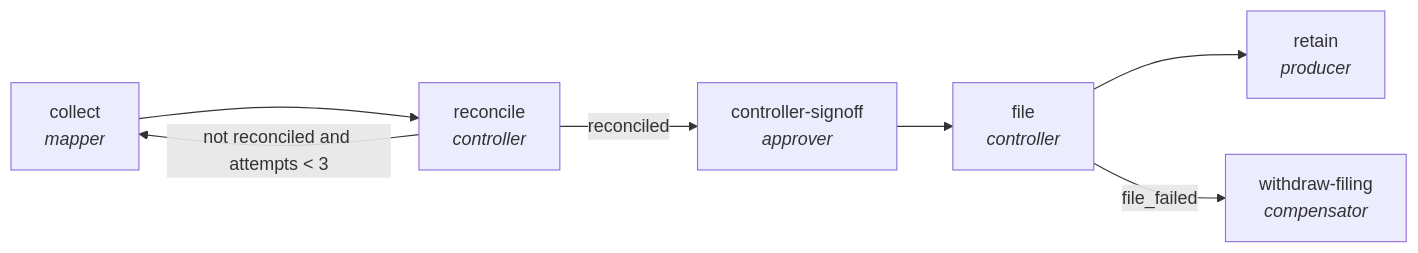
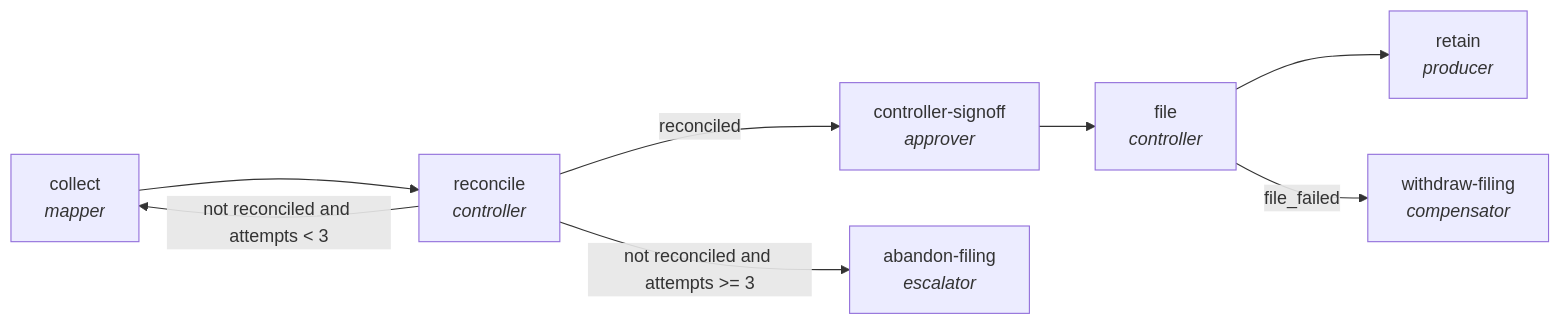
The diagram in docs/traces/regulatory-filing-lifecycle.md (ypollak2/agenticgraphs), drawn with Mermaid before and after one commit. The commit also changed 93 other files, not shown here.

First line of the commit message:
v1.8: eleven graphs can now say the work did not get done

````diff
--- a/docs/traces/regulatory-filing-lifecycle.md
+++ b/docs/traces/regulatory-filing-lifecycle.md
@@ -10,15 +10,17 @@
 ```mermaid
 flowchart LR
     N0["collect<br/><i>mapper</i>"]
     N1["reconcile<br/><i>controller</i>"]
     N2["controller-signoff<br/><i>approver</i>"]
     N3["file<br/><i>controller</i>"]
     N4["retain<br/><i>producer</i>"]
     N5["withdraw-filing<br/><i>compensator</i>"]
+    N6["abandon-filing<br/><i>escalator</i>"]
     N0 --> N1
     N1 -->|not reconciled and attempts < 3| N0
     N1 -->|reconciled| N2
     N2 --> N3
     N3 --> N4
     N3 -->|file_failed| N5
+    N1 -->|not reconciled and attempts >= 3| N6
 ```
````
